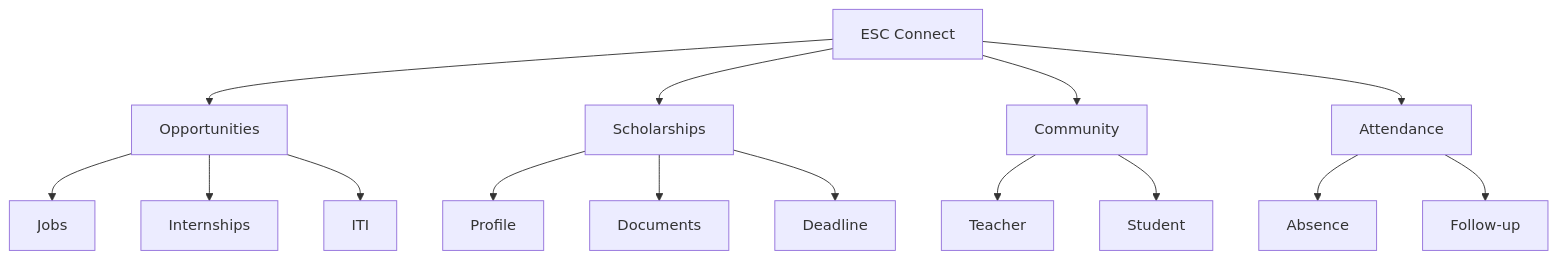
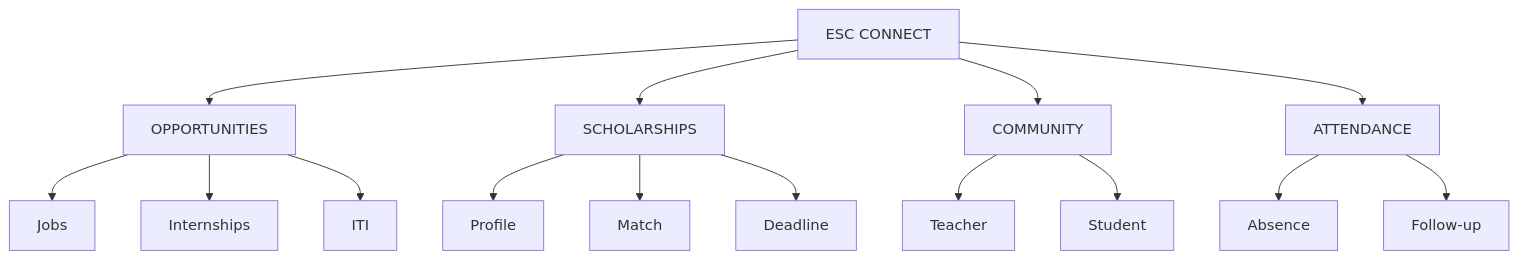
The second of 12 diagrams in README.md (mahik2007/hackathon), drawn with Mermaid before and after one commit. The commit also changed other lines of this file, not shown here.

````diff
--- a/README.md
+++ b/README.md
@@ -40,18 +30,18 @@
 ```mermaid
 flowchart TB
-    E[ESC Connect]
-    E --> O[Opportunities]
-    E --> S[Scholarships]
-    E --> C[Community]
-    E --> A[Attendance]
-    O --> O1[Jobs]
-    O --> O2[Internships]
-    O --> O3[ITI]
-    S --> S1[Profile]
-    S --> S2[Documents]
-    S --> S3[Deadline]
-    C --> C1[Teacher]
-    C --> C2[Student]
-    A --> A1[Absence]
-    A --> A2[Follow-up]
+E[ESC CONNECT]
+E --> O[OPPORTUNITIES]
+E --> S[SCHOLARSHIPS]
+E --> C[COMMUNITY]
+E --> A[ATTENDANCE]
+O --> O1[Jobs]
+O --> O2[Internships]
+O --> O3[ITI]
+S --> S1[Profile]
+S --> S2[Match]
+S --> S3[Deadline]
+C --> C1[Teacher]
+C --> C2[Student]
+A --> A1[Absence]
+A --> A2[Follow-up]
 ```
````
